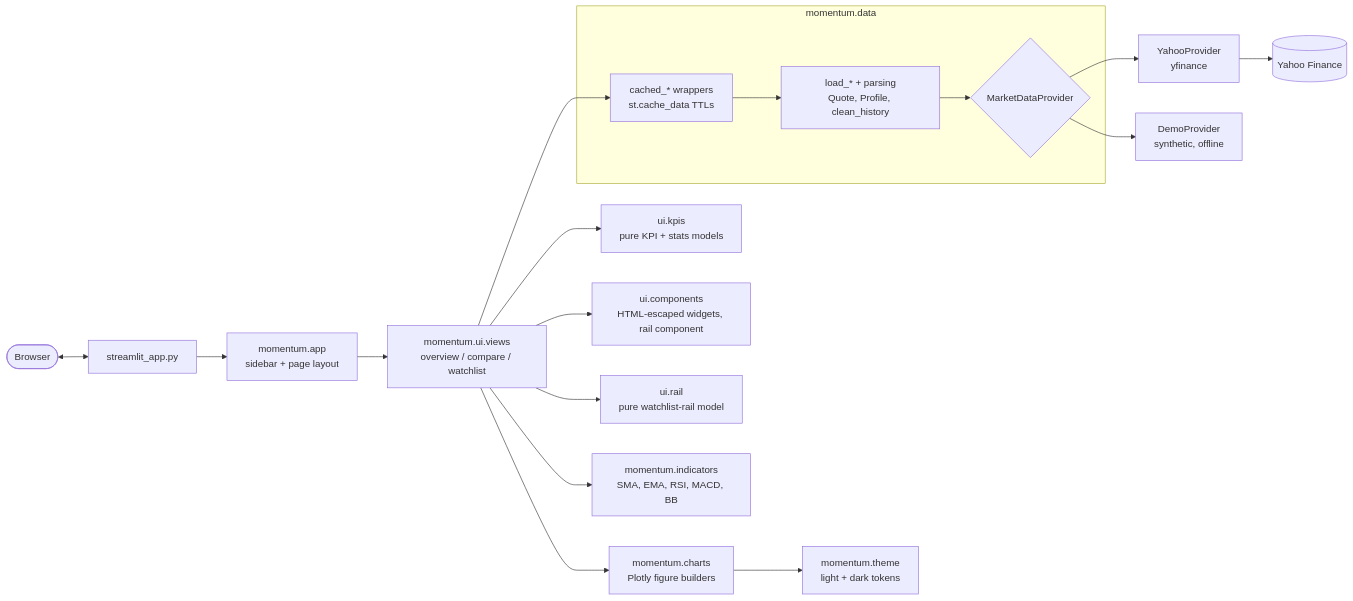
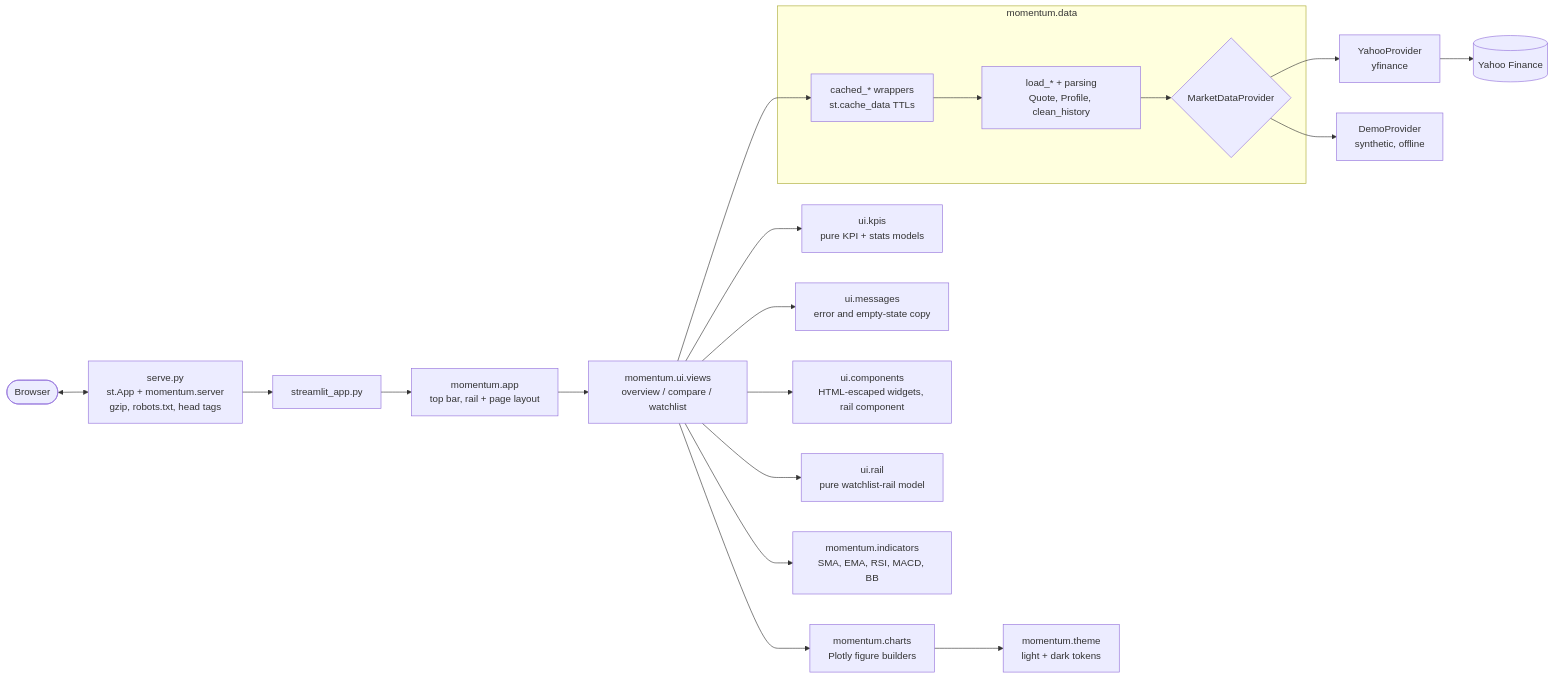
One commit to Arya-9989/Momentum-Live-Stock-Tracker changed the diagram in README.md. Above: the diagram before and after it, drawn with Mermaid. The commit also changed other lines of this file and 7 other files, not shown here.

````diff
--- a/README.md
+++ b/README.md
@@ -91,20 +111,22 @@
 ```mermaid
 flowchart LR
-    user([Browser]) <--> entry[streamlit_app.py]
-    entry --> app[momentum.app<br/>sidebar + page layout]
+    user([Browser]) <--> serve[serve.py<br/>st.App + momentum.server<br/>gzip, robots.txt, head tags]
+    serve --> entry[streamlit_app.py]
+    entry --> app[momentum.app<br/>top bar, rail + page layout]
     app --> views[momentum.ui.views<br/>overview / compare / watchlist]
     views --> kpis[ui.kpis<br/>pure KPI + stats models]
+    views --> messages[ui.messages<br/>error and empty-state copy]
     views --> components[ui.components<br/>HTML-escaped widgets, rail component]
     views --> rail[ui.rail<br/>pure watchlist-rail model]
     charts --> theme[momentum.theme<br/>light + dark tokens]
     views --> charts[momentum.charts<br/>Plotly figure builders]
     views --> indicators[momentum.indicators<br/>SMA, EMA, RSI, MACD, BB]
     views --> cache
     subgraph data [momentum.data]
         cache[cached_* wrappers<br/>st.cache_data TTLs] --> loaders[load_* + parsing<br/>Quote, Profile, clean_history]
         loaders --> provider{MarketDataProvider}
     end
     provider --> yahoo[YahooProvider<br/>yfinance]
     provider --> demo[DemoProvider<br/>synthetic, offline]
     yahoo --> yf[(Yahoo Finance)]
 ```
````
